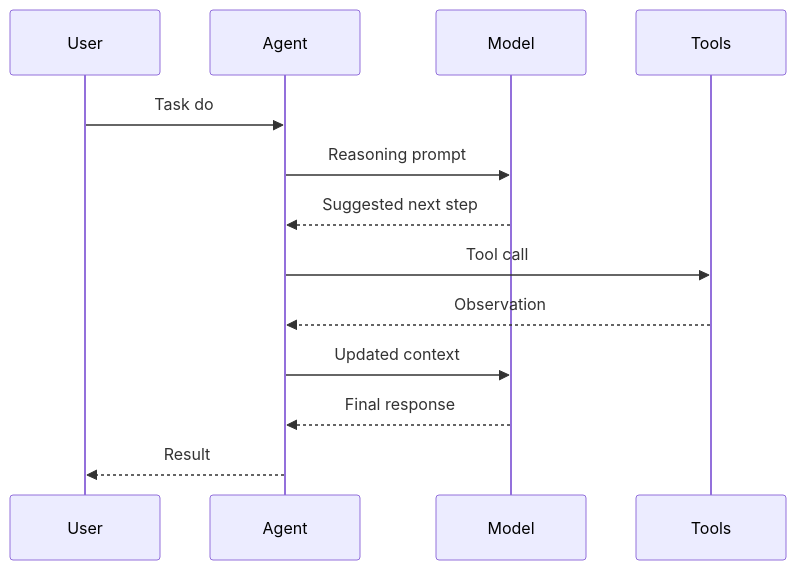
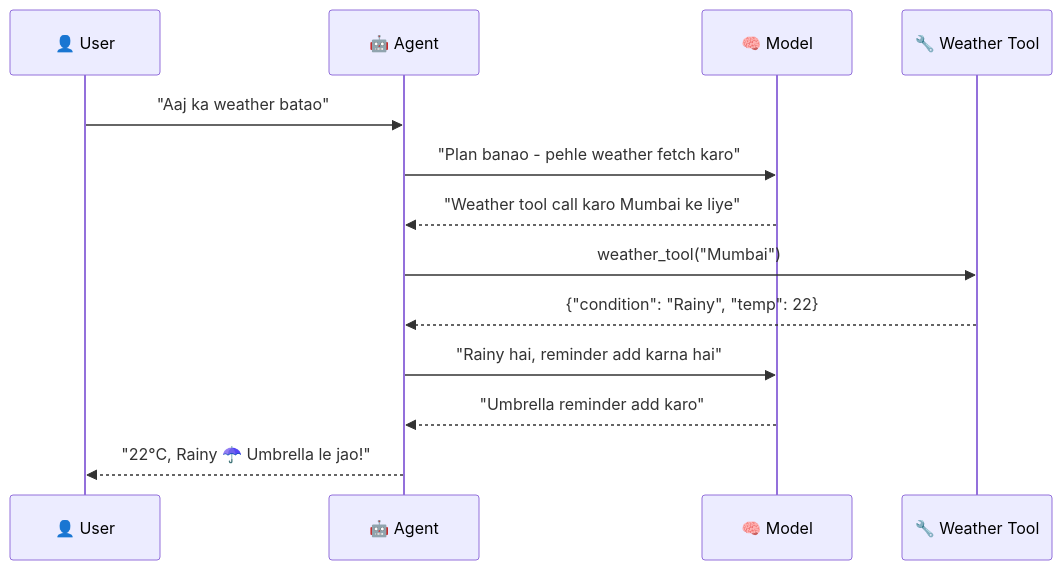
One commit to Sameer-Malik20/SusaGPT-Build-LLM-From-Scratch-With-Hinglish-Learning-Material changed the ninth of 14 diagrams in docs/ai/AI_Agents_Guide.md. Above: the diagram before and after it, drawn with Mermaid. The commit also changed other lines of this file and 10 other files, not shown here.

````diff
--- a/docs/ai/AI_Agents_Guide.md
+++ b/docs/ai/AI_Agents_Guide.md
@@ -257,16 +315,16 @@
 ```mermaid
 sequenceDiagram
-    participant U as User
-    participant A as Agent
-    participant M as Model
-    participant T as Tools
+    participant U as 👤 User
+    participant A as 🤖 Agent
+    participant M as 🧠 Model
+    participant T as 🔧 Weather Tool
 
-    U->>A: Task do
-    A->>M: Reasoning prompt
-    M-->>A: Suggested next step
-    A->>T: Tool call
-    T-->>A: Observation
-    A->>M: Updated context
-    M-->>A: Final response
-    A-->>U: Result
+    U->>A: "Aaj ka weather batao"
+    A->>M: "Plan banao - pehle weather fetch karo"
+    M-->>A: "Weather tool call karo Mumbai ke liye"
+    A->>T: weather_tool("Mumbai")
+    T-->>A: {"condition": "Rainy", "temp": 22}
+    A->>M: "Rainy hai, reminder add karna hai"
+    M-->>A: "Umbrella reminder add karo"
+    A-->>U: "22°C, Rainy ☂️ Umbrella le jao!"
 ```
````
